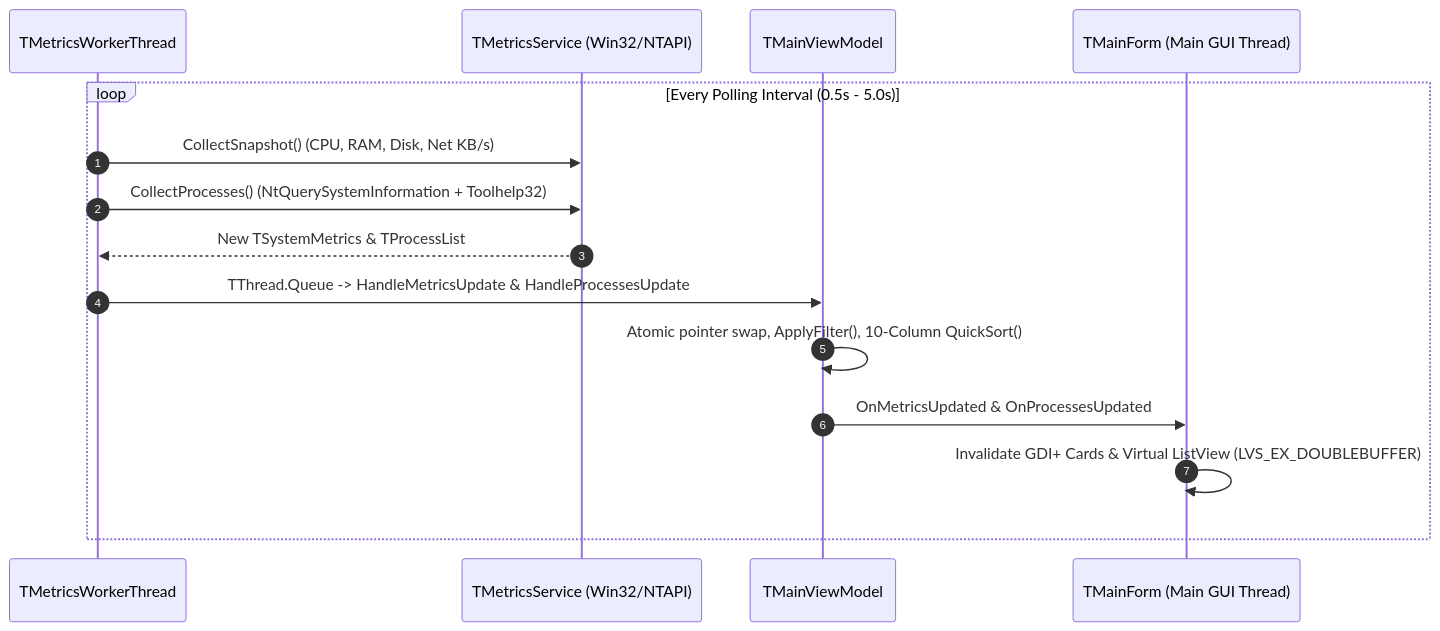
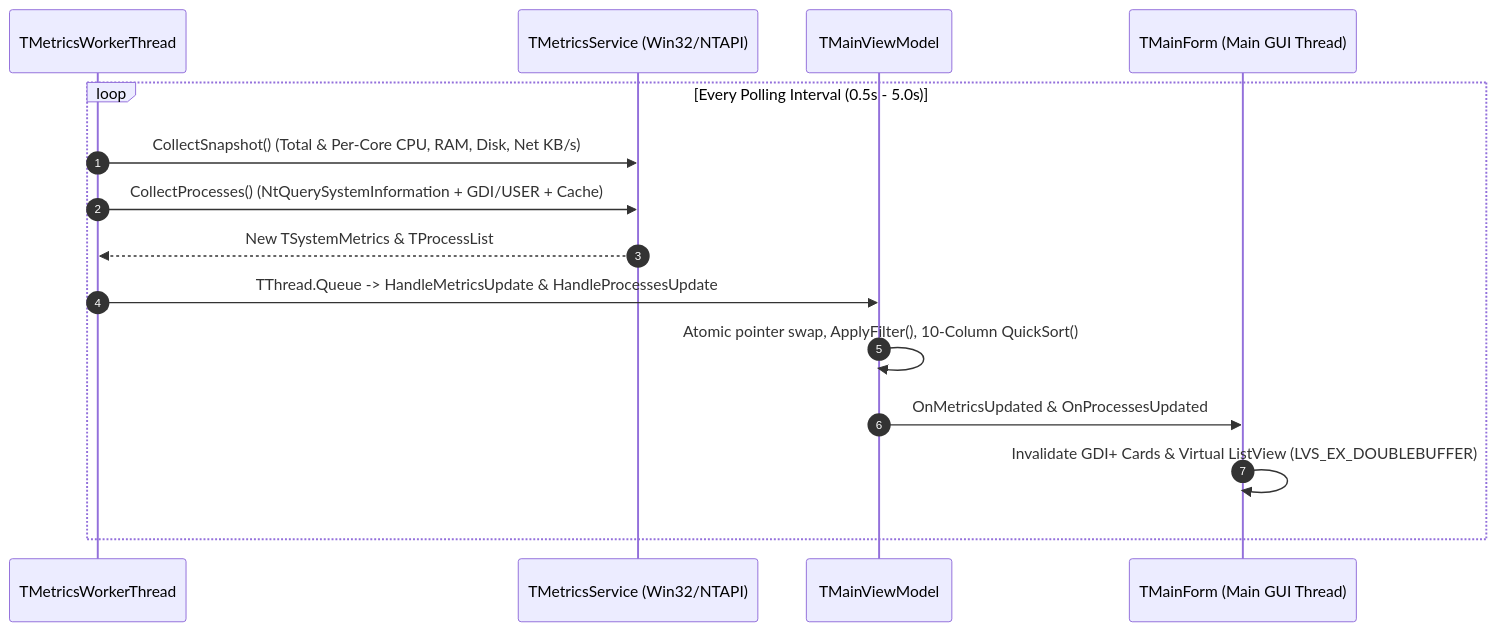
The second of 3 diagrams in README.md (amafjarkasi/novamonitor), drawn with Mermaid before and after one commit. The commit also changed other lines of this file, not shown here.

Commit message:
docs(readme): update Mermaid architecture diagrams, class hierarchy, and 85/85 test matrix

````diff
--- a/README.md
+++ b/README.md
@@ -164,18 +166,18 @@
 ```mermaid
 sequenceDiagram
     autonumber
     participant WT as TMetricsWorkerThread
     participant MS as TMetricsService (Win32/NTAPI)
     participant VM as TMainViewModel
     participant UI as TMainForm (Main GUI Thread)
 
     loop Every Polling Interval (0.5s - 5.0s)
-        WT->>MS: CollectSnapshot() (CPU, RAM, Disk, Net KB/s)
-        WT->>MS: CollectProcesses() (NtQuerySystemInformation + Toolhelp32)
+        WT->>MS: CollectSnapshot() (Total & Per-Core CPU, RAM, Disk, Net KB/s)
+        WT->>MS: CollectProcesses() (NtQuerySystemInformation + GDI/USER + Cache)
         MS-->>WT: New TSystemMetrics & TProcessList
         WT->>VM: TThread.Queue -> HandleMetricsUpdate & HandleProcessesUpdate
         VM->>VM: Atomic pointer swap, ApplyFilter(), 10-Column QuickSort()
         VM->>UI: OnMetricsUpdated & OnProcessesUpdated
         UI->>UI: Invalidate GDI+ Cards & Virtual ListView (LVS_EX_DOUBLEBUFFER)
     end
 ```
````
